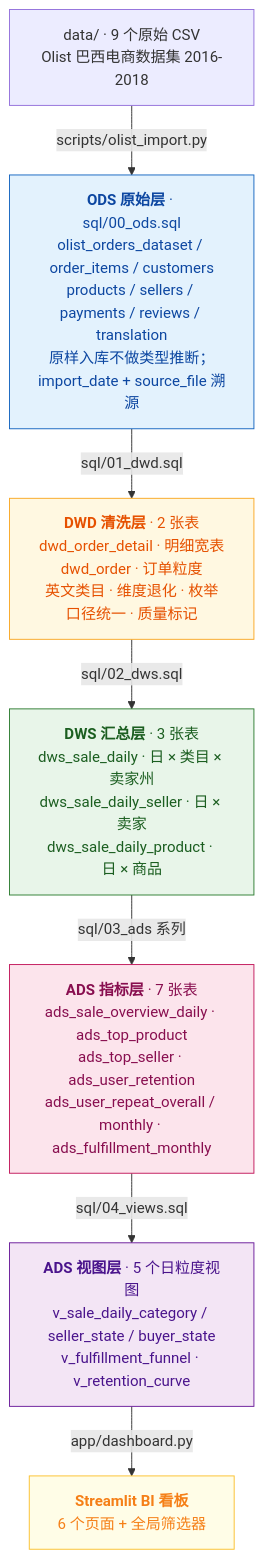
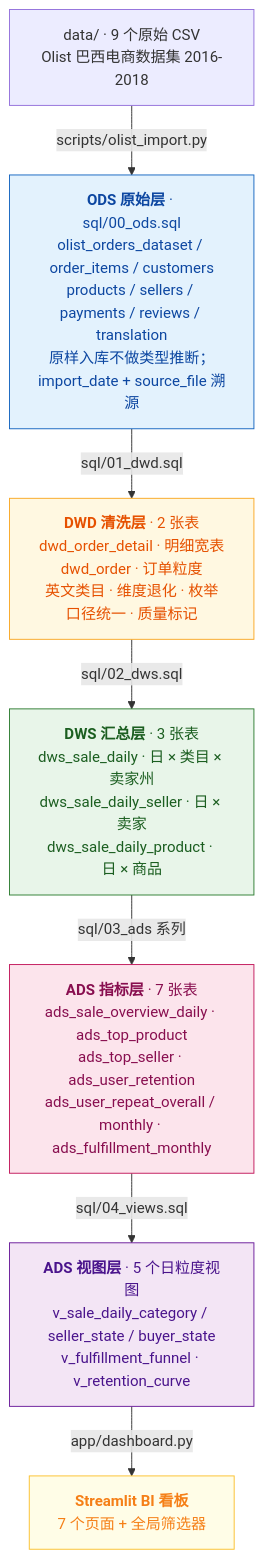
The diagram in README.md (JunYe813/EtlTool), drawn with Mermaid before and after one commit. The commit also changed other lines of this file and 15 other files, not shown here.

````diff
--- a/README.md
+++ b/README.md
@@ -13,42 +13,42 @@
 ```mermaid
 flowchart TD
     CSV["data/ · 9 个原始 CSV<br/>Olist 巴西电商数据集 2016-2018"]
 
     CSV -->|scripts/olist_import.py| ODS
 
     ODS["<b>ODS 原始层</b> · sql/00_ods.sql<br/>olist_orders_dataset / order_items / customers<br/>products / sellers / payments / reviews / translation<br/>原样入库不做类型推断；import_date + source_file 溯源"]
 
     ODS -->|sql/01_dwd.sql| DWD
 
     DWD["<b>DWD 清洗层</b> · 2 张表<br/>dwd_order_detail · 明细宽表<br/>dwd_order · 订单粒度<br/>英文类目 · 维度退化 · 枚举口径统一 · 质量标记"]
 
     DWD -->|sql/02_dws.sql| DWS
 
     DWS["<b>DWS 汇总层</b> · 3 张表<br/>dws_sale_daily · 日 × 类目 × 卖家州<br/>dws_sale_daily_seller · 日 × 卖家<br/>dws_sale_daily_product · 日 × 商品"]
 
     DWS -->|sql/03_ads 系列| ADS
 
     ADS["<b>ADS 指标层</b> · 7 张表<br/>ads_sale_overview_daily · ads_top_product<br/>ads_top_seller · ads_user_retention<br/>ads_user_repeat_overall / monthly · ads_fulfillment_monthly"]
 
     ADS -->|sql/04_views.sql| VIEWS
 
     VIEWS["<b>ADS 视图层</b> · 5 个日粒度视图<br/>v_sale_daily_category / seller_state / buyer_state<br/>v_fulfillment_funnel · v_retention_curve"]
 
     VIEWS -->|app/dashboard.py| BI
 
-    BI["<b>Streamlit BI 看板</b><br/>6 个页面 + 全局筛选器"]
+    BI["<b>Streamlit BI 看板</b><br/>7 个页面 + 全局筛选器"]
 
     classDef ods fill:#e3f2fd,stroke:#1565c0,color:#0d47a1
     classDef dwd fill:#fff8e1,stroke:#f9a825,color:#e65100
     classDef dws fill:#e8f5e9,stroke:#2e7d32,color:#1b5e20
     classDef ads fill:#fce4ec,stroke:#c2185b,color:#880e4f
     classDef vw fill:#f3e5f5,stroke:#6a1b9a,color:#4a148c
     classDef bi fill:#fffde7,stroke:#fbc02d,color:#f57f17
 
     class ODS ods
     class DWD dwd
     class DWS dws
     class ADS ads
     class VIEWS vw
     class BI bi
 ```
````
